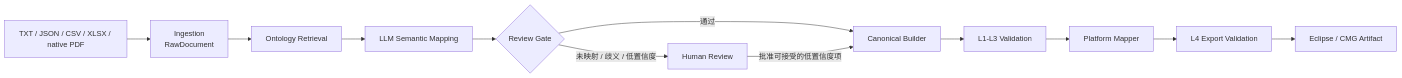
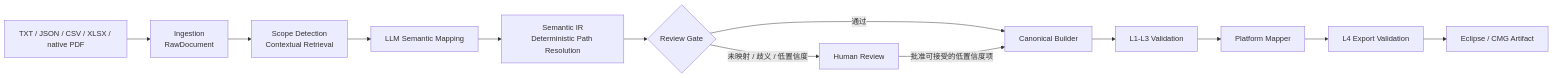
The diagram in README.md (StevenMa616777/Ontology-Driven-Reservoir-Data-Translator), drawn with Mermaid before and after one commit. The commit also changed other lines of this file and 83 other files, not shown here.

````diff
--- a/README.md
+++ b/README.md
@@ -27,14 +33,15 @@
 ```mermaid
 flowchart LR
     A[TXT / JSON / CSV / XLSX / native PDF] --> B[Ingestion<br/>RawDocument]
-    B --> C[Ontology Retrieval]
+    B --> C[Scope Detection<br/>Contextual Retrieval]
     C --> D[LLM Semantic Mapping]
-    D --> E{Review Gate}
+    D --> R[Semantic IR<br/>Deterministic Path Resolution]
+    R --> E{Review Gate}
     E -->|未映射 / 歧义 / 低置信度| F[Human Review]
     E -->|通过| G[Canonical Builder]
     F -->|批准可接受的低置信度项| G
     G --> H[L1-L3 Validation]
     H --> I[Platform Mapper]
     I --> J[L4 Export Validation]
     J --> K[Eclipse / CMG Artifact]
 ```
````
